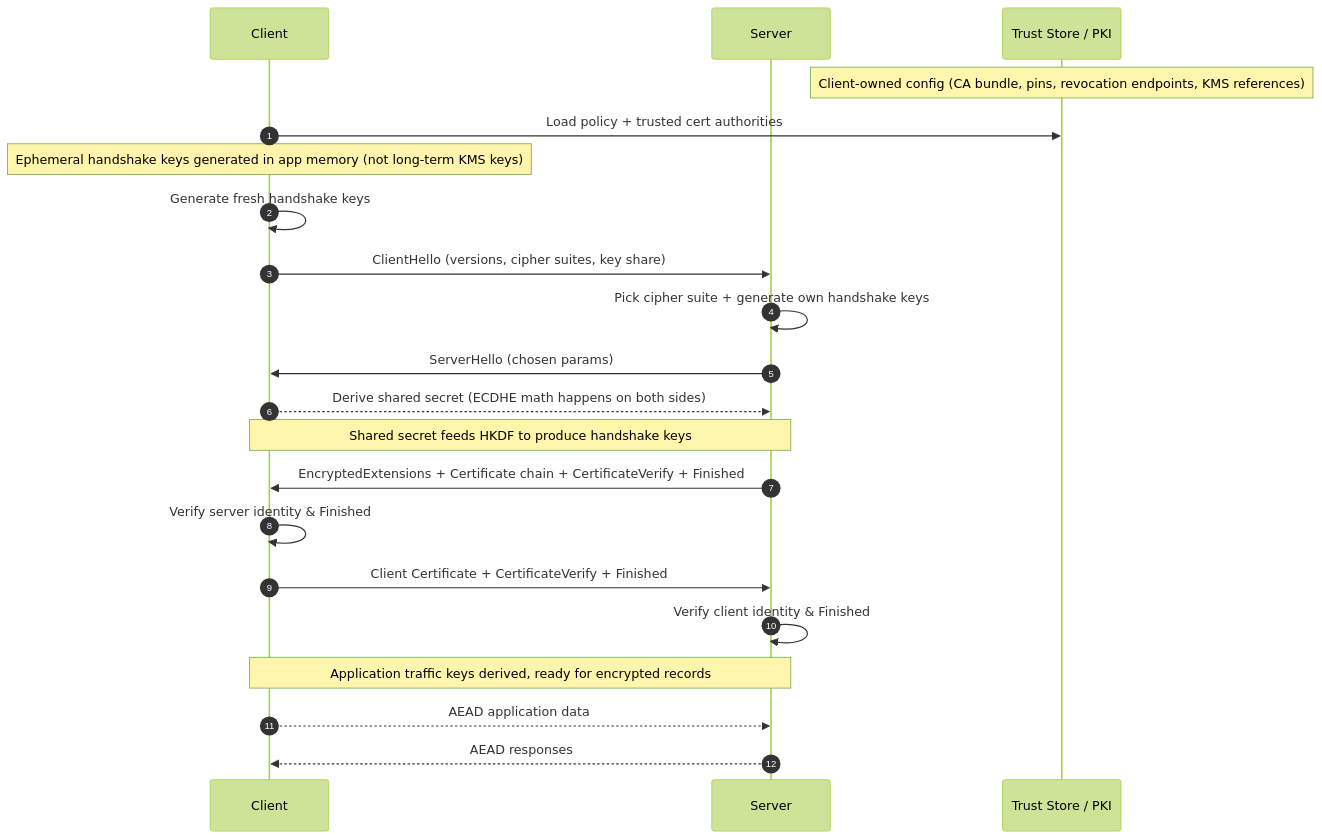
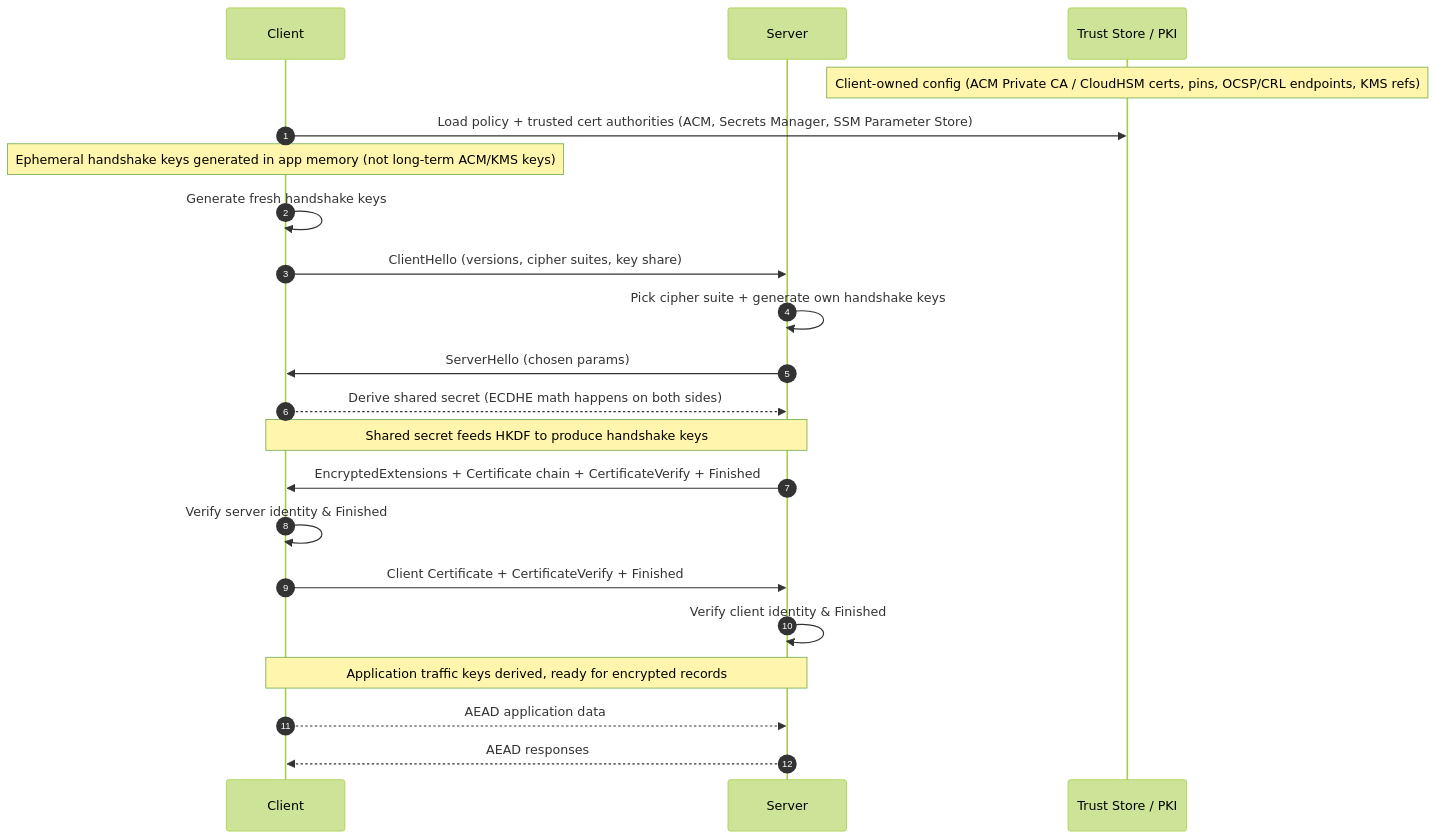
Before and after one commit to irahulsawhney/crypto-concepts: the diagram in diagrams/12-tls13-mutual-auth-highlevel.mmd, drawn with Mermaid (forest theme).

Commit message:
Tie high-level diagram to AWS services

```diff
--- a/diagrams/12-tls13-mutual-auth-highlevel.mmd
+++ b/diagrams/12-tls13-mutual-auth-highlevel.mmd
@@ -1,28 +1,28 @@
 %% TLS 1.3 Mutual Auth - High-Level Flow
 sequenceDiagram
   autonumber
   participant Client
   participant Server
   participant Trust as Trust Store / PKI
 
-  Note over Trust: Client-owned config (CA bundle, pins, revocation endpoints, KMS references)
-  Client->>Trust: Load policy + trusted cert authorities
-  Note over Client: Ephemeral handshake keys generated in app memory (not long-term KMS keys)
+  Note over Trust: Client-owned config (ACM Private CA / CloudHSM certs, pins, OCSP/CRL endpoints, KMS refs)
+  Client->>Trust: Load policy + trusted cert authorities (ACM, Secrets Manager, SSM Parameter Store)
+  Note over Client: Ephemeral handshake keys generated in app memory (not long-term ACM/KMS keys)
   Client->>Client: Generate fresh handshake keys
 
   Client->>Server: ClientHello (versions, cipher suites, key share)
   Server->>Server: Pick cipher suite + generate own handshake keys
   Server->>Client: ServerHello (chosen params)
 
   Client-->>Server: Derive shared secret (ECDHE math happens on both sides)
   Note over Client,Server: Shared secret feeds HKDF to produce handshake keys
 
   Server->>Client: EncryptedExtensions + Certificate chain + CertificateVerify + Finished
   Client->>Client: Verify server identity & Finished
 
   Client->>Server: Client Certificate + CertificateVerify + Finished
   Server->>Server: Verify client identity & Finished
 
   Note over Client,Server: Application traffic keys derived, ready for encrypted records
   Client-->>Server: AEAD application data
   Server-->>Client: AEAD responses
```
